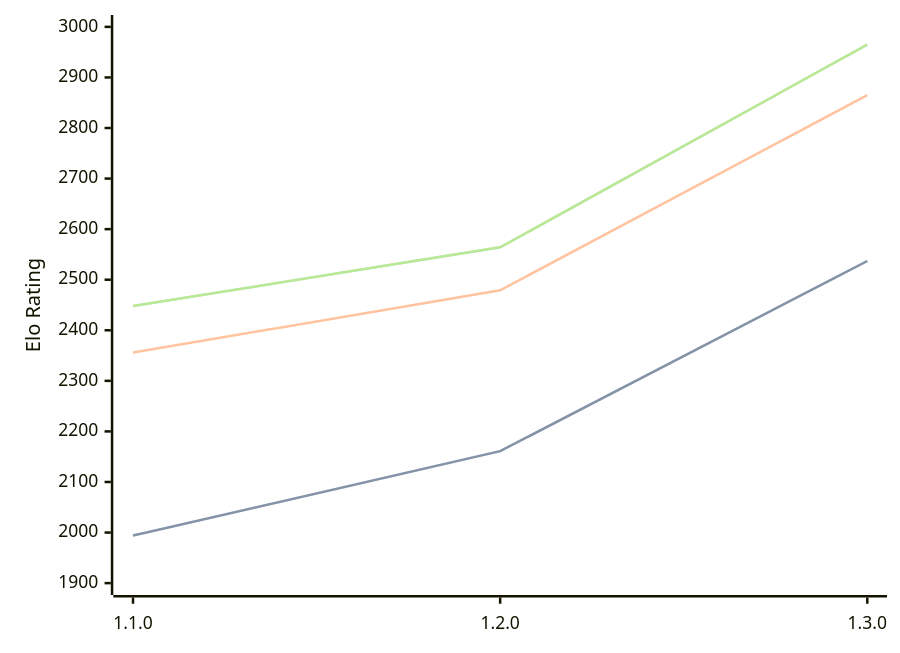
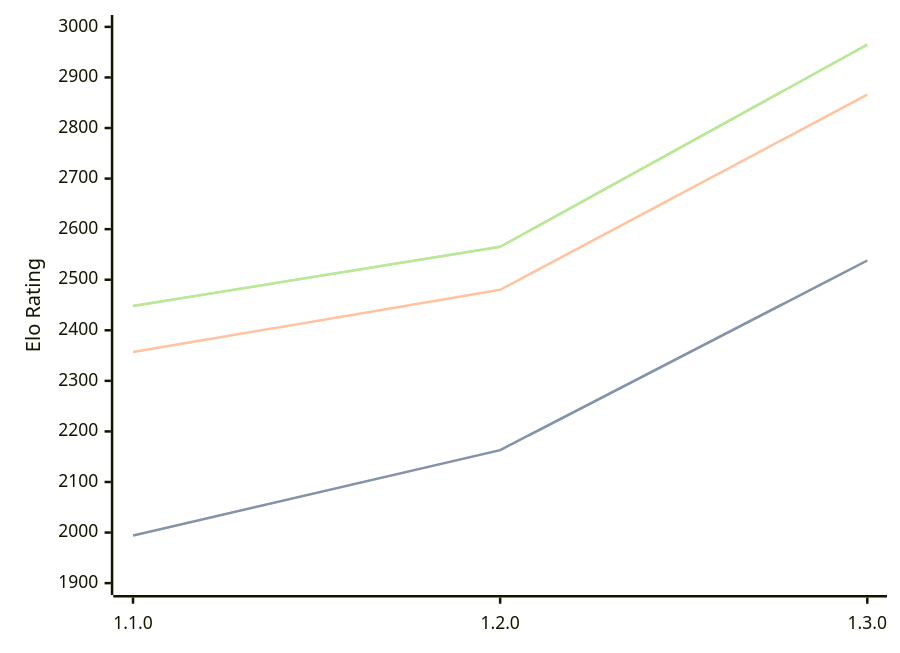
One commit to computer-chess-index/cci changed the diagram in engines/Gyatso.md. Above: the diagram before and after it, drawn with Mermaid. The commit also changed other lines of this file, not shown here.

Commit message:
Update CCI Ratings (ELO VLTC) - 2026-04-19

````diff
--- a/engines/Gyatso.md
+++ b/engines/Gyatso.md
@@ -34,11 +34,11 @@
 ```mermaid
 %%{init: {"theme":"base","themeVariables":{"seriesColors:['#a3a3a3','#222221','#faa371']}}}%%
 xychart-beta
   x-axis ["1.1.0", "1.2.0", "1.3.0"]
   y-axis "Elo Rating" 1900 --> 3000
-  line "STC (8.0+0.08s)" [1994, 2161, 2537]
-  line "STC (8.0+0.08s)" [1994, 2161, 2537]
-  line "LTC (60.0+0.60s)" [2356, 2479, 2865]
-  line "VLTC (2m24s+1.12s)" [2448, 2564, 2965]
-  line "VLTC (2m24s+1.12s)" [2448, 2564, 2965]
+  line "STC (8.0+0.08s)" [1994, 2163, 2538]
+  line "STC (8.0+0.08s)" [1994, 2163, 2538]
+  line "LTC (60.0+0.60s)" [2357, 2480, 2866]
+  line "VLTC (2m24s+1.12s)" [2448, 2565, 2965]
+  line "VLTC (2m24s+1.12s)" [2448, 2565, 2965]
 ```
````
